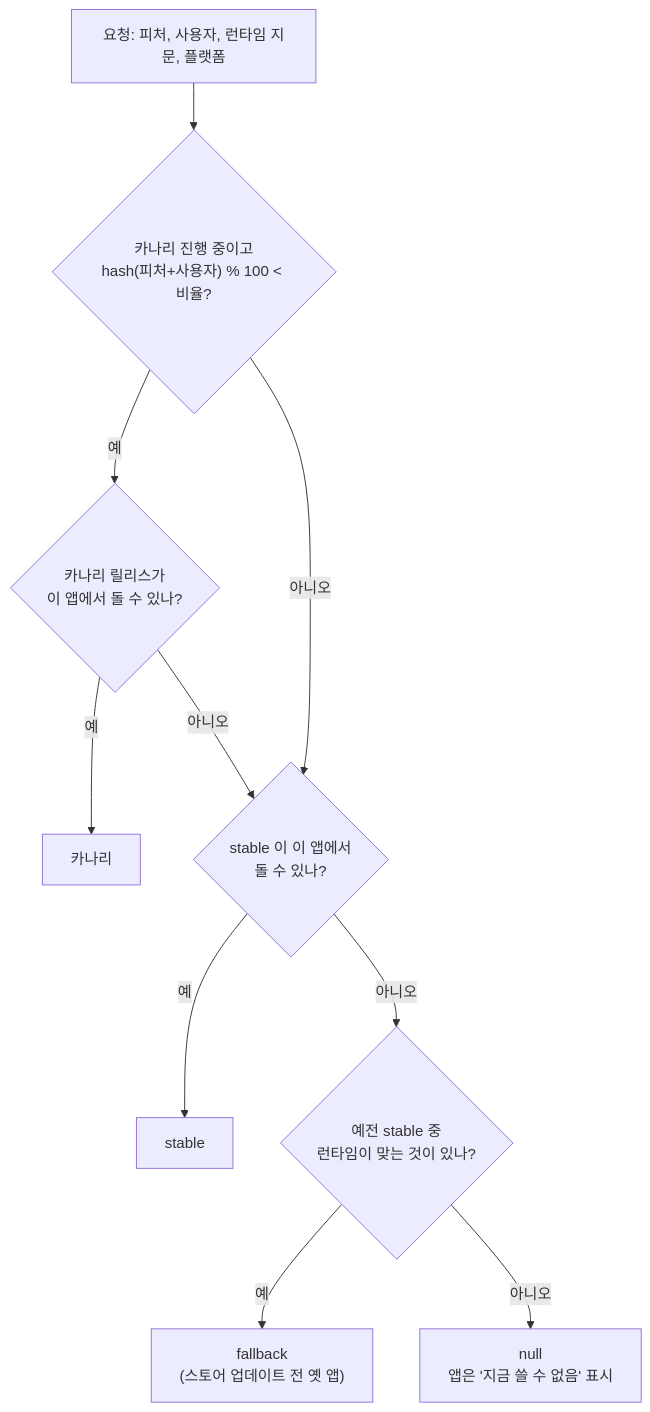
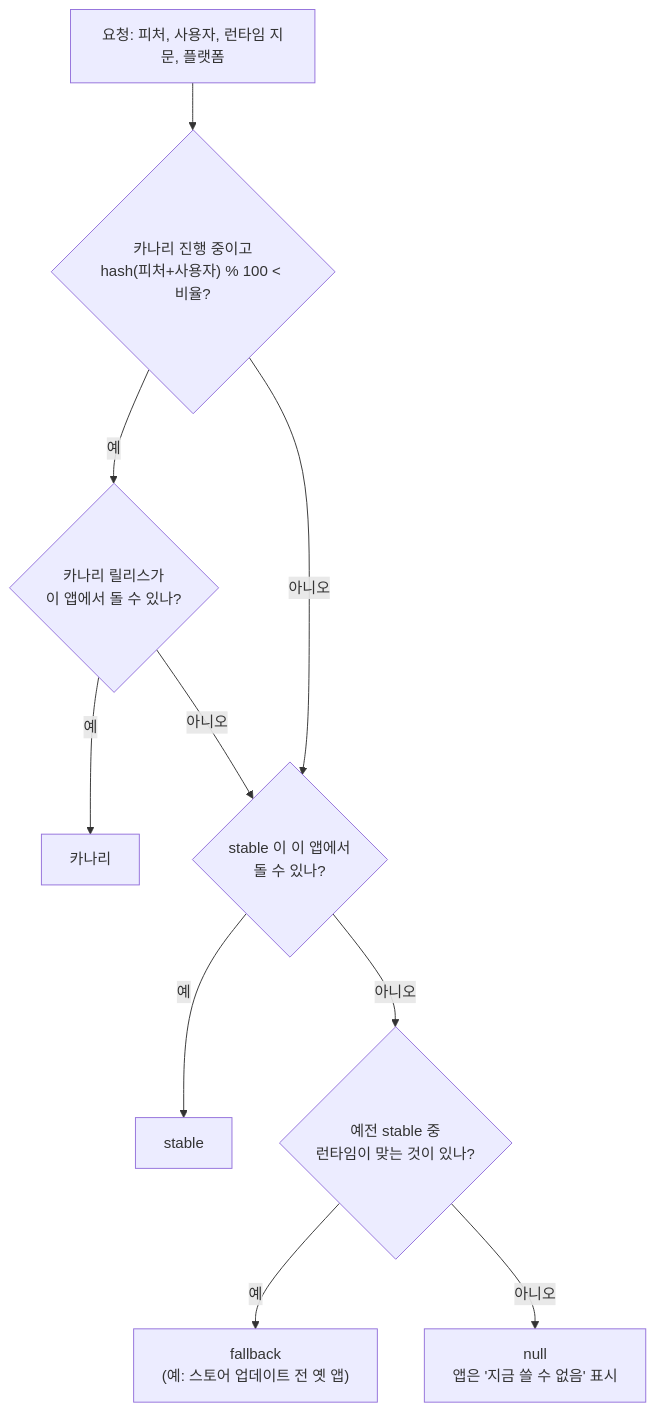
One commit to bokchidevchan/rn-federated-ota changed the third of 5 diagrams in README.md. Above: the diagram before and after it, drawn with Mermaid. The commit also changed other lines of this file and 22 other files, not shown here.

````diff
--- a/README.md
+++ b/README.md
@@ -77,12 +77,12 @@
 ```mermaid
 flowchart TD
   A["요청: 피처, 사용자, 런타임 지문, 플랫폼"] --> B{"카나리 진행 중이고<br/>hash(피처+사용자) % 100 < 비율?"}
   B -- 예 --> C{"카나리 릴리스가<br/>이 앱에서 돌 수 있나?"}
   C -- 예 --> R1["카나리"]
   C -- 아니오 --> D
   B -- 아니오 --> D{"stable 이 이 앱에서<br/>돌 수 있나?"}
   D -- 예 --> R2["stable"]
   D -- 아니오 --> E{"예전 stable 중<br/>런타임이 맞는 것이 있나?"}
-  E -- 예 --> R3["fallback<br/>(스토어 업데이트 전 옛 앱)"]
+  E -- 예 --> R3["fallback<br/>(예: 스토어 업데이트 전 옛 앱)"]
   E -- 아니오 --> R4["null<br/>앱은 '지금 쓸 수 없음' 표시"]
 ```
````
